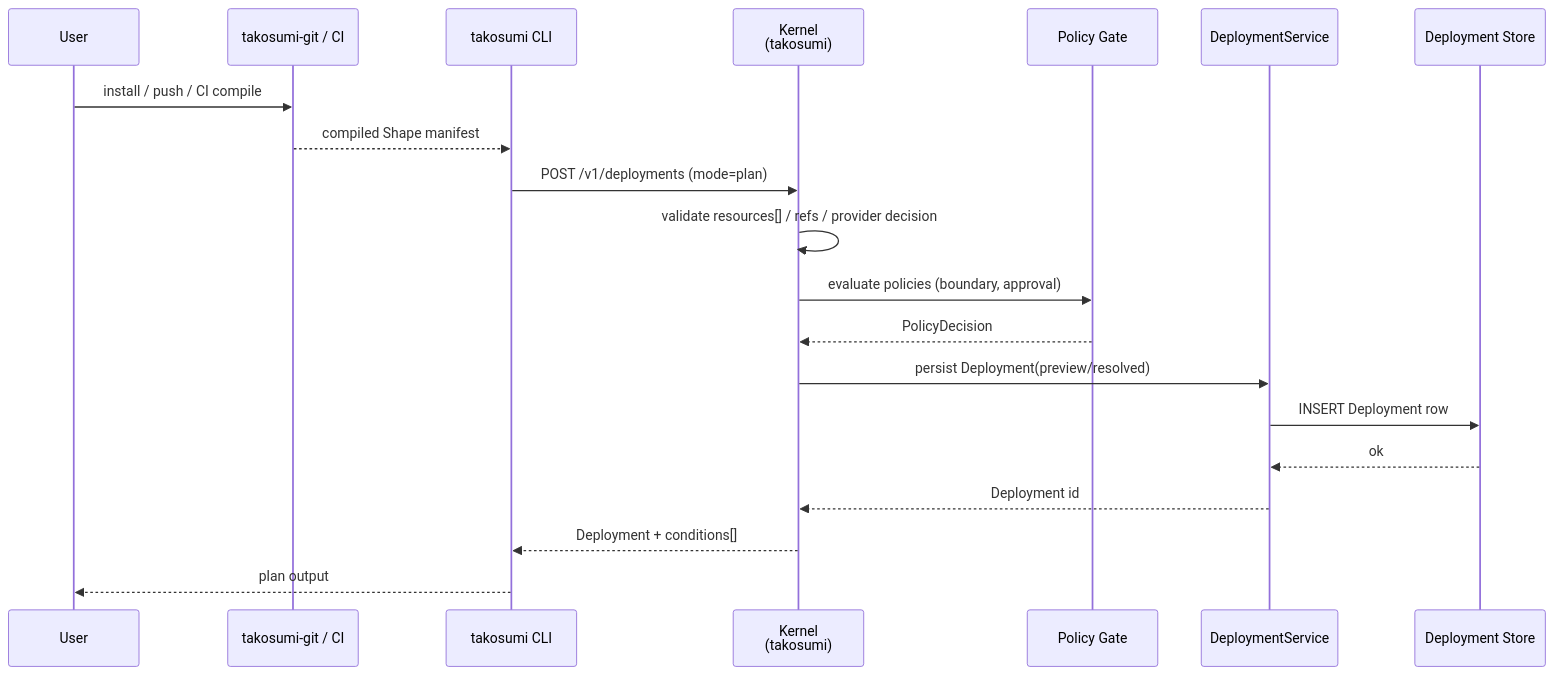
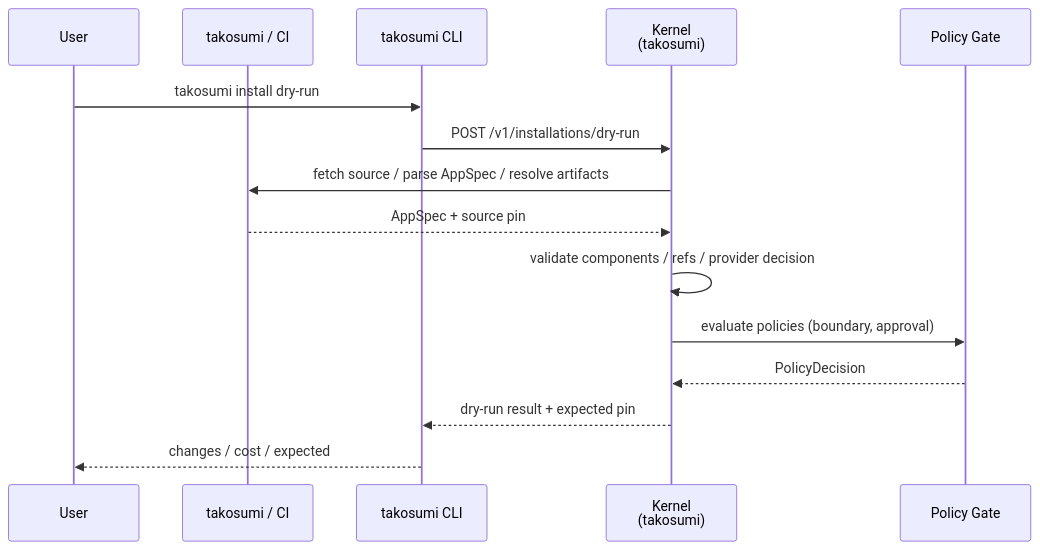
The second of 4 diagrams in docs/architecture/diagrams.md (tako0614/takos), drawn with Mermaid before and after one commit. The commit also changed other lines of this file and 200 other files, not shown here.

````diff
--- a/docs/architecture/diagrams.md
+++ b/docs/architecture/diagrams.md
@@ -68,23 +68,18 @@
 ```mermaid
 sequenceDiagram
   participant User
-  participant Installer as takosumi-git / CI
+  participant Installer as takosumi / CI
   participant CLI as takosumi CLI
   participant K as Kernel<br/>(takosumi)
   participant PG as Policy Gate
-  participant DS as DeploymentService
-  participant DB as Deployment Store
 
-  User->>Installer: install / push / CI compile
-  Installer-->>CLI: compiled Shape manifest
-  CLI->>K: POST /v1/deployments (mode=plan)
-  K->>K: validate resources[] / refs / provider decision
+  User->>CLI: takosumi install dry-run
+  CLI->>K: POST /v1/installations/dry-run
+  K->>Installer: fetch source / parse AppSpec / resolve artifacts
+  Installer-->>K: AppSpec + source pin
+  K->>K: validate components / refs / provider decision
   K->>PG: evaluate policies (boundary, approval)
   PG-->>K: PolicyDecision
-  K->>DS: persist Deployment(preview/resolved)
-  DS->>DB: INSERT Deployment row
-  DB-->>DS: ok
-  DS-->>K: Deployment id
-  K-->>CLI: Deployment + conditions[]
-  CLI-->>User: plan output
+  K-->>CLI: dry-run result + expected pin
+  CLI-->>User: changes / cost / expected
 ```
````
